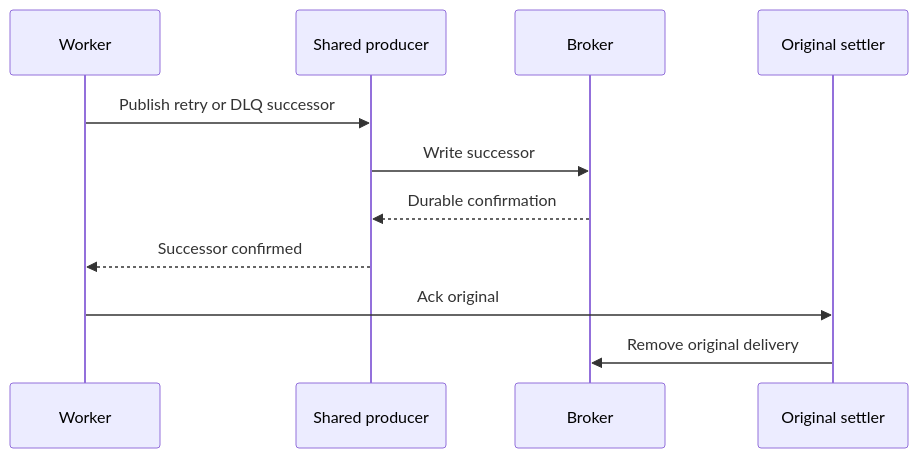
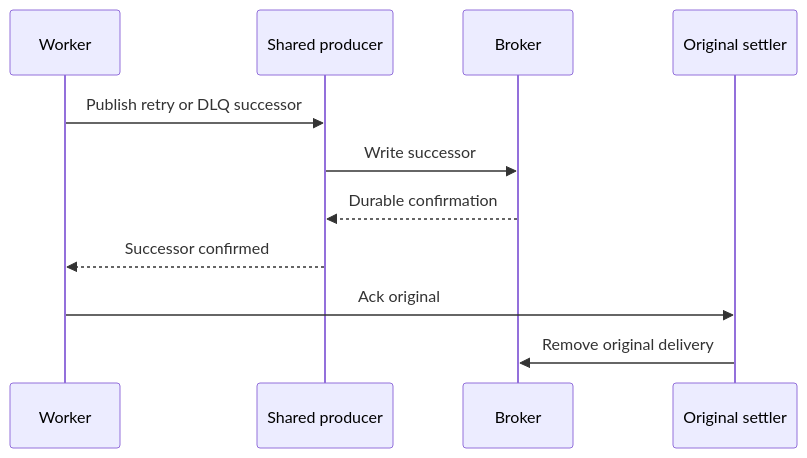
One commit to bktrung/edm_sdk changed the second of 3 diagrams in docs/development/consume-flow.md. Above: the diagram before and after it, drawn with Mermaid. The commit also changed other lines of this file and 242 other files, not shown here.

````diff
--- a/docs/development/consume-flow.md
+++ b/docs/development/consume-flow.md
@@ -348,14 +356,15 @@
 ```mermaid
+%%{init: {"sequence": {"actorMargin": 24, "width": 110}}}%%
 sequenceDiagram
     participant W as Worker
     participant P as Shared producer
     participant B as Broker
     participant S as Original settler
 
     W->>P: Publish retry or DLQ successor
     P->>B: Write successor
     B-->>P: Durable confirmation
     P-->>W: Successor confirmed
     W->>S: Ack original
     S->>B: Remove original delivery
 ```
````
